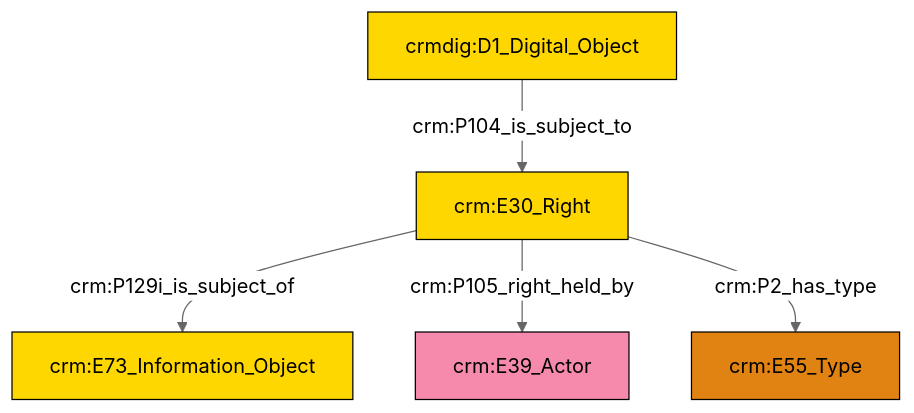
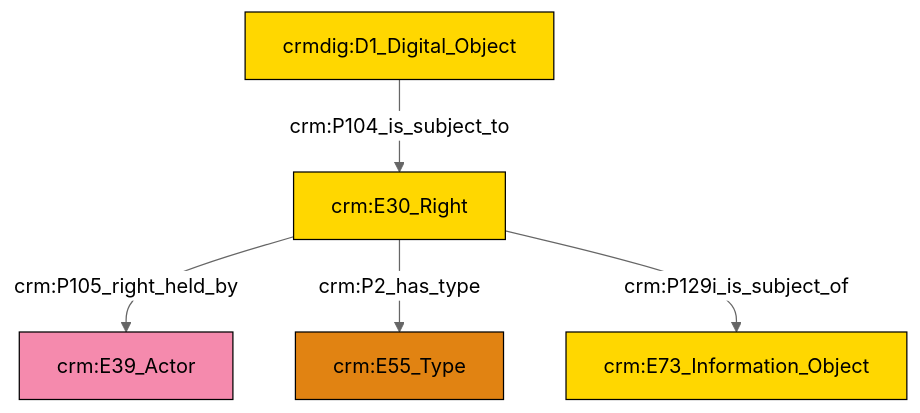
Before and after one commit to swiss-art-research-net/docs.swissartresearch: the diagram in et/doCSV/ttl/mmd/do_rights.ttl.mmd, drawn with Mermaid (neutral theme). The commit also changed 177 other files, not shown here.

```diff
--- a/et/doCSV/ttl/mmd/do_rights.ttl.mmd
+++ b/et/doCSV/ttl/mmd/do_rights.ttl.mmd
@@ -1,19 +1,19 @@
 graph TD
 classDef Literal fill:#f2f2f2,stroke:#000000;
 classDef CRM_Entity fill:#FFFFFF,stroke:#000000;
 classDef Temporal_Entity fill:#00C9E6, stroke:#000000;
 classDef Type fill:#E18312, stroke:#000000;
 classDef Time-Span fill:#2C9C91, stroke:#000000;
 classDef Appellation fill:#FFEB7F, stroke:#000000;
 classDef Place fill:#008836, stroke:#000000;
 classDef Persistent_Item fill:#B266B2, stroke:#000000;
 classDef Conceptual_Object fill:#FFD700, stroke:#000000;
 classDef Physical_Thing fill:#D2B48C, stroke:#000000;
 classDef Actor fill:#f58aad, stroke:#000000;
 classDef PC_Classes fill:#4ce600, stroke:#000000;
 classDef Multi fill:#cccccc,stroke:#000000;
 
-0["crm:E30_Right"]:::Conceptual_Object -->|crm:P129i_is_subject_of| 1["crm:E73_Information_Object"]:::Conceptual_Object
-0["crm:E30_Right"]:::Conceptual_Object -->|crm:P105_right_held_by| 5["crm:E39_Actor"]:::Actor
-0["crm:E30_Right"]:::Conceptual_Object -->|crm:P2_has_type| 8["crm:E55_Type"]:::Type
-2["crmdig:D1_Digital_Object"]:::Conceptual_Object -->|crm:P104_is_subject_to| 0["crm:E30_Right"]:::Conceptual_Object
+2["crmdig:D1_Digital_Object"]:::Conceptual_Object -->|crm:P104_is_subject_to| 3["crm:E30_Right"]:::Conceptual_Object
+3["crm:E30_Right"]:::Conceptual_Object -->|crm:P105_right_held_by| 4["crm:E39_Actor"]:::Actor
+3["crm:E30_Right"]:::Conceptual_Object -->|crm:P2_has_type| 0["crm:E55_Type"]:::Type
+3["crm:E30_Right"]:::Conceptual_Object -->|crm:P129i_is_subject_of| 8["crm:E73_Information_Object"]:::Conceptual_Object
```
